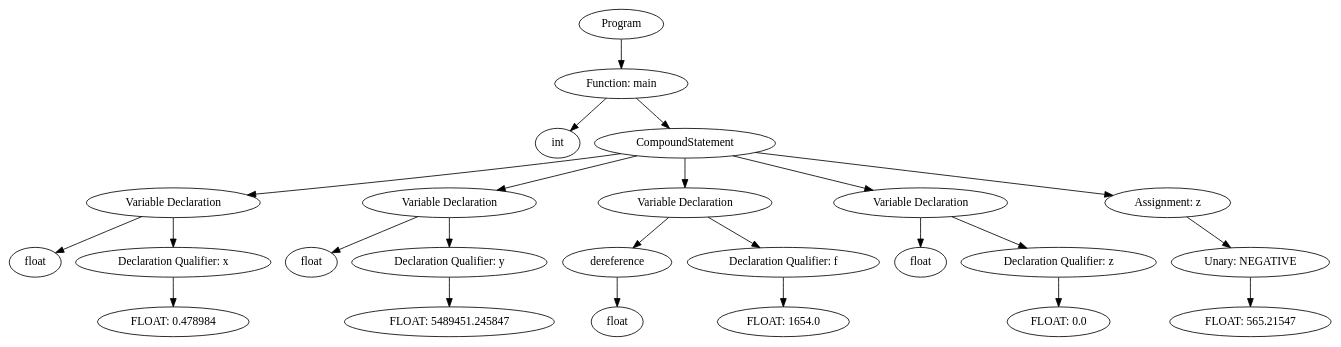
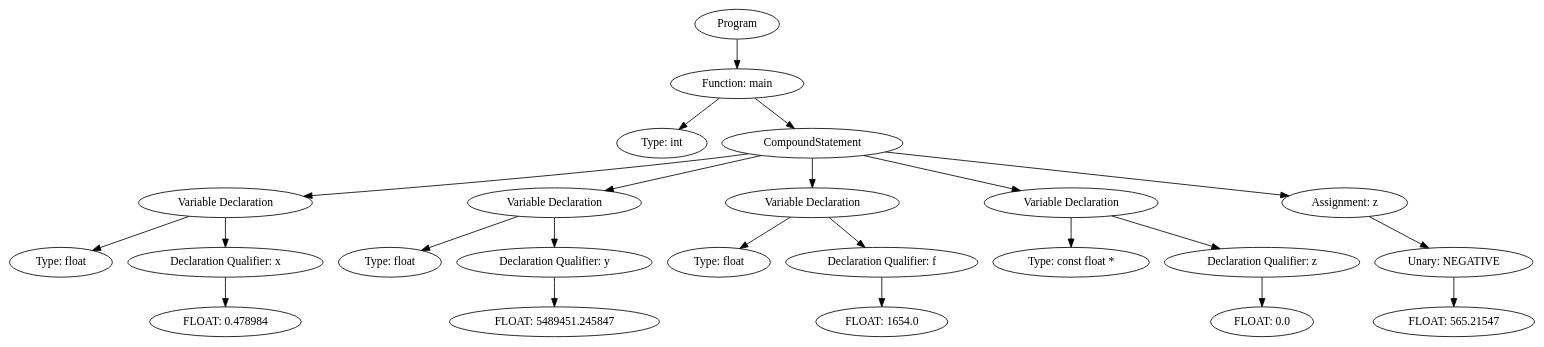
Before and after one commit to ArneDePeuter/UA-2024-Compiler: the diagram in output/proj2_man_pass_literalFloat.dot, drawn with Graphviz. The commit also changed 14 other files, not shown here.

```diff
--- a/output/proj2_man_pass_literalFloat.dot
+++ b/output/proj2_man_pass_literalFloat.dot
@@ -1,49 +1,47 @@
 digraph ExpressionGraph {
-4548607120 [label="Program"];
-4548607120 -> 4548607312;
-4548607312 [label="Function: main"];
-4548607312 -> 4548606992;
-4548606992 [label="int"];
-4548607312 -> 4548607568;
-4548607568 [label="CompoundStatement"];
-4548607568 -> 4548384464;
-4548384464 [label="Variable Declaration"];
-4548384464 -> 4548381584;
-4548381584 [label="float"];
-4548384464 -> 4548393872;
-4548393872 [label="Declaration Qualifier: x"];
-4548393872 -> 4548381456;
-4548381456 [label="FLOAT: 0.478984"];
-4548607568 -> 4548601616;
-4548601616 [label="Variable Declaration"];
-4548601616 -> 4543811408;
-4543811408 [label="float"];
-4548601616 -> 4548601680;
-4548601680 [label="Declaration Qualifier: y"];
-4548601680 -> 4543811920;
-4543811920 [label="FLOAT: 5489451.245847"];
-4548607568 -> 4548602832;
-4548602832 [label="Variable Declaration"];
-4548602832 -> 4548598480;
-4548598480 [label="dereference"];
-4548598480 -> 4548601552;
-4548601552 [label="float"];
-4548602832 -> 4548604112;
-4548604112 [label="Declaration Qualifier: f"];
-4548604112 -> 4548607184;
-4548607184 [label="FLOAT: 1654.0"];
-4548607568 -> 4548606864;
-4548606864 [label="Variable Declaration"];
-4548606864 -> 4548605136;
-4548605136 [label="float"];
-4548606864 -> 4548606672;
-4548606672 [label="Declaration Qualifier: z"];
-4548606672 -> 4548603536;
-4548603536 [label="FLOAT: 0.0"];
-4548607568 -> 4548602128;
-4548602128 [label="Assignment: z"];
-4548602128 -> 4548606736;
-4548606736 [label="Unary: NEGATIVE"];
-4548606736 -> 4548604432;
-4548604432 [label="FLOAT: 565.21547"];
+4347193744 [label="Program"];
+4347193744 -> 4347199184;
+4347199184 [label="Function: main"];
+4347199184 -> 4347193680;
+4347193680 [label="Type: int "];
+4347199184 -> 4347199056;
+4347199056 [label="CompoundStatement"];
+4347199056 -> 4347027856;
+4347027856 [label="Variable Declaration"];
+4347027856 -> 4344283280;
+4344283280 [label="Type: float "];
+4347027856 -> 4342117136;
+4342117136 [label="Declaration Qualifier: x"];
+4342117136 -> 4342342480;
+4342342480 [label="FLOAT: 0.478984"];
+4347199056 -> 4347030864;
+4347030864 [label="Variable Declaration"];
+4347030864 -> 4347033104;
+4347033104 [label="Type: float "];
+4347030864 -> 4347033232;
+4347033232 [label="Declaration Qualifier: y"];
+4347033232 -> 4347027984;
+4347027984 [label="FLOAT: 5489451.245847"];
+4347199056 -> 4347199120;
+4347199120 [label="Variable Declaration"];
+4347199120 -> 4341974800;
+4341974800 [label="Type: float "];
+4347199120 -> 4347195216;
+4347195216 [label="Declaration Qualifier: f"];
+4347195216 -> 4347196624;
+4347196624 [label="FLOAT: 1654.0"];
+4347199056 -> 4347188240;
+4347188240 [label="Variable Declaration"];
+4347188240 -> 4347195920;
+4347195920 [label="Type: const float *"];
+4347188240 -> 4347188624;
+4347188624 [label="Declaration Qualifier: z"];
+4347188624 -> 4347198672;
+4347198672 [label="FLOAT: 0.0"];
+4347199056 -> 4347198160;
+4347198160 [label="Assignment: z"];
+4347198160 -> 4347195728;
+4347195728 [label="Unary: NEGATIVE"];
+4347195728 -> 4347193552;
+4347193552 [label="FLOAT: 565.21547"];
 }
```
